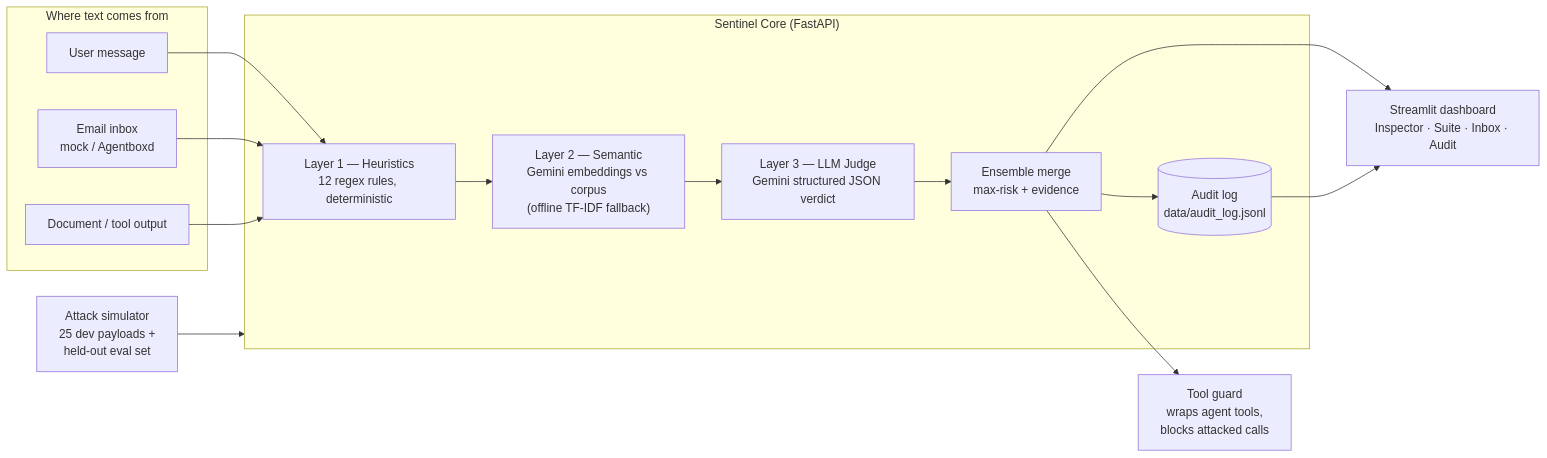
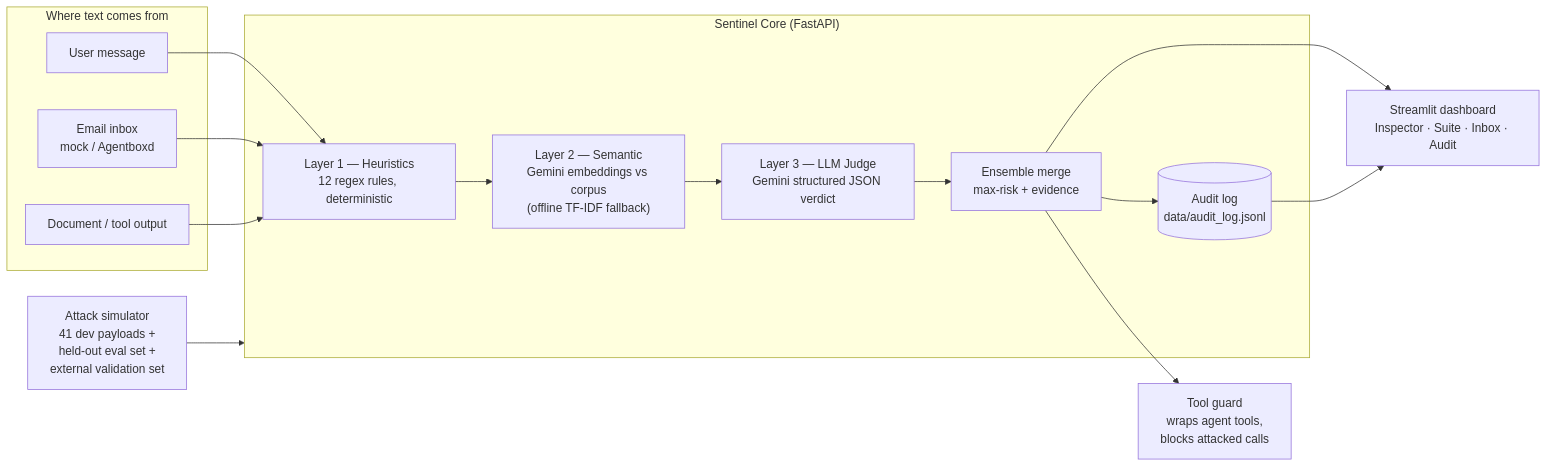
Before and after one commit to hamsavartn/JanusGate: the diagram in docs/PROJECT_BLUEPRINT.md, drawn with Mermaid. The commit also changed other lines of this file and 5 other files, not shown here.

````diff
--- a/docs/PROJECT_BLUEPRINT.md
+++ b/docs/PROJECT_BLUEPRINT.md
@@ -70,26 +70,26 @@
 ```mermaid
 flowchart LR
     subgraph Sources["Where text comes from"]
         U[User message]
         E[Email inbox<br/>mock / Agentboxd]
         D[Document / tool output]
     end
 
     subgraph Sentinel["Sentinel Core (FastAPI)"]
         H["Layer 1 — Heuristics<br/>12 regex rules, deterministic"]
         S["Layer 2 — Semantic<br/>Gemini embeddings vs corpus<br/>(offline TF-IDF fallback)"]
         J["Layer 3 — LLM Judge<br/>Gemini structured JSON verdict"]
         M["Ensemble merge<br/>max-risk + evidence"]
         A[(Audit log<br/>data/audit_log.jsonl)]
     end
 
     G["Tool guard<br/>wraps agent tools,<br/>blocks attacked calls"]
     DASH["Streamlit dashboard<br/>Inspector · Suite · Inbox · Audit"]
-    SIM["Attack simulator<br/>25 dev payloads +<br/>held-out eval set"]
+    SIM["Attack simulator<br/>41 dev payloads +<br/>held-out eval set +<br/>external validation set"]
 
     U & E & D --> H --> S --> J --> M --> A
     M --> G
     M --> DASH
     SIM --> Sentinel
     A --> DASH
 ```
````
